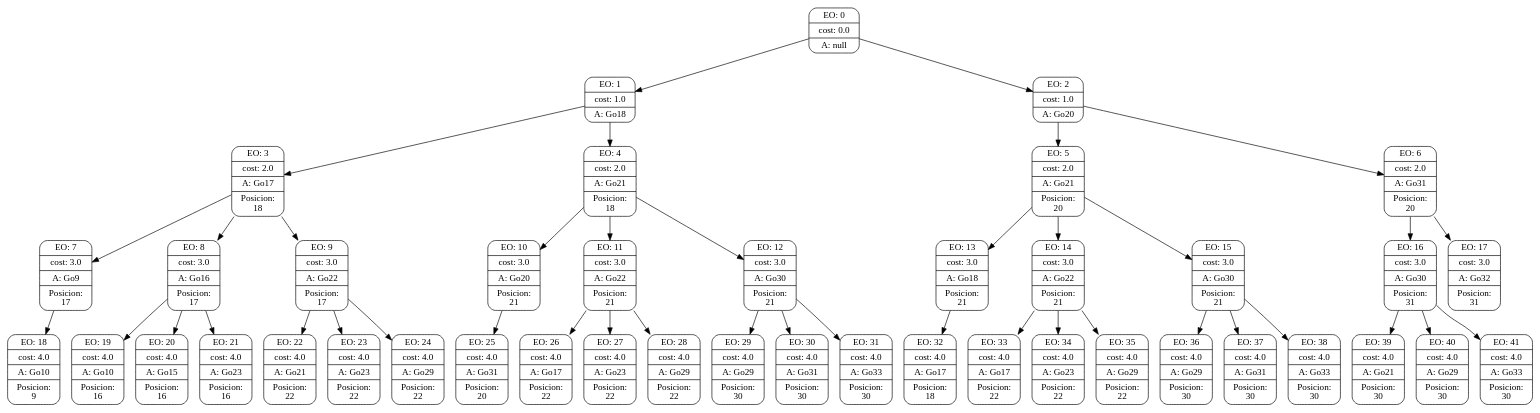
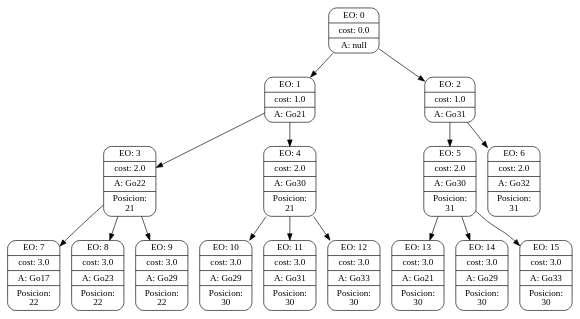
The diagram in searchGVTrees/8.dot (lniklison/TP-Inteligencia-artificial), drawn with Graphviz before and after one commit. The commit also changed 19 other files, not shown here.

```diff
--- a/searchGVTrees/8.dot
+++ b/searchGVTrees/8.dot
@@ -1,129 +1,51 @@
 digraph g {
 node [shape = Mrecord];
 nodo0[label="{EO: 0|cost: 0.0|A: null}"]
-nodo1[label="{EO: 1|cost: 1.0|A: Go18}"]
-nodo3[label="{EO: 3|cost: 2.0|A: Go17|Posicion:\n18}"]
-nodo7[label="{EO: 7|cost: 3.0|A: Go9|Posicion:\n17}"]
-nodo18[label="{EO: 18|cost: 4.0|A: Go10|Posicion:\n9}"]
-
-nodo7 -> nodo18;
+nodo1[label="{EO: 1|cost: 1.0|A: Go21}"]
+nodo3[label="{EO: 3|cost: 2.0|A: Go22|Posicion:\n21}"]
+nodo7[label="{EO: 7|cost: 3.0|A: Go17|Posicion:\n22}"]
 
 nodo3 -> nodo7;
-nodo8[label="{EO: 8|cost: 3.0|A: Go16|Posicion:\n17}"]
-nodo19[label="{EO: 19|cost: 4.0|A: Go10|Posicion:\n16}"]
-
-nodo8 -> nodo19;
-nodo20[label="{EO: 20|cost: 4.0|A: Go15|Posicion:\n16}"]
-
-nodo8 -> nodo20;
-nodo21[label="{EO: 21|cost: 4.0|A: Go23|Posicion:\n16}"]
-
-nodo8 -> nodo21;
+nodo8[label="{EO: 8|cost: 3.0|A: Go23|Posicion:\n22}"]
 
 nodo3 -> nodo8;
-nodo9[label="{EO: 9|cost: 3.0|A: Go22|Posicion:\n17}"]
-nodo22[label="{EO: 22|cost: 4.0|A: Go21|Posicion:\n22}"]
-
-nodo9 -> nodo22;
-nodo23[label="{EO: 23|cost: 4.0|A: Go23|Posicion:\n22}"]
-
-nodo9 -> nodo23;
-nodo24[label="{EO: 24|cost: 4.0|A: Go29|Posicion:\n22}"]
-
-nodo9 -> nodo24;
+nodo9[label="{EO: 9|cost: 3.0|A: Go29|Posicion:\n22}"]
 
 nodo3 -> nodo9;
 
 nodo1 -> nodo3;
-nodo4[label="{EO: 4|cost: 2.0|A: Go21|Posicion:\n18}"]
-nodo10[label="{EO: 10|cost: 3.0|A: Go20|Posicion:\n21}"]
-nodo25[label="{EO: 25|cost: 4.0|A: Go31|Posicion:\n20}"]
-
-nodo10 -> nodo25;
+nodo4[label="{EO: 4|cost: 2.0|A: Go30|Posicion:\n21}"]
+nodo10[label="{EO: 10|cost: 3.0|A: Go29|Posicion:\n30}"]
 
 nodo4 -> nodo10;
-nodo11[label="{EO: 11|cost: 3.0|A: Go22|Posicion:\n21}"]
-nodo26[label="{EO: 26|cost: 4.0|A: Go17|Posicion:\n22}"]
-
-nodo11 -> nodo26;
-nodo27[label="{EO: 27|cost: 4.0|A: Go23|Posicion:\n22}"]
-
-nodo11 -> nodo27;
-nodo28[label="{EO: 28|cost: 4.0|A: Go29|Posicion:\n22}"]
-
-nodo11 -> nodo28;
+nodo11[label="{EO: 11|cost: 3.0|A: Go31|Posicion:\n30}"]
 
 nodo4 -> nodo11;
-nodo12[label="{EO: 12|cost: 3.0|A: Go30|Posicion:\n21}"]
-nodo29[label="{EO: 29|cost: 4.0|A: Go29|Posicion:\n30}"]
-
-nodo12 -> nodo29;
-nodo30[label="{EO: 30|cost: 4.0|A: Go31|Posicion:\n30}"]
-
-nodo12 -> nodo30;
-nodo31[label="{EO: 31|cost: 4.0|A: Go33|Posicion:\n30}"]
-
-nodo12 -> nodo31;
+nodo12[label="{EO: 12|cost: 3.0|A: Go33|Posicion:\n30}"]
 
 nodo4 -> nodo12;
 
 nodo1 -> nodo4;
 
 nodo0 -> nodo1;
-nodo2[label="{EO: 2|cost: 1.0|A: Go20}"]
-nodo5[label="{EO: 5|cost: 2.0|A: Go21|Posicion:\n20}"]
-nodo13[label="{EO: 13|cost: 3.0|A: Go18|Posicion:\n21}"]
-nodo32[label="{EO: 32|cost: 4.0|A: Go17|Posicion:\n18}"]
-
-nodo13 -> nodo32;
+nodo2[label="{EO: 2|cost: 1.0|A: Go31}"]
+nodo5[label="{EO: 5|cost: 2.0|A: Go30|Posicion:\n31}"]
+nodo13[label="{EO: 13|cost: 3.0|A: Go21|Posicion:\n30}"]
 
 nodo5 -> nodo13;
-nodo14[label="{EO: 14|cost: 3.0|A: Go22|Posicion:\n21}"]
-nodo33[label="{EO: 33|cost: 4.0|A: Go17|Posicion:\n22}"]
-
-nodo14 -> nodo33;
-nodo34[label="{EO: 34|cost: 4.0|A: Go23|Posicion:\n22}"]
-
-nodo14 -> nodo34;
-nodo35[label="{EO: 35|cost: 4.0|A: Go29|Posicion:\n22}"]
-
-nodo14 -> nodo35;
+nodo14[label="{EO: 14|cost: 3.0|A: Go29|Posicion:\n30}"]
 
 nodo5 -> nodo14;
-nodo15[label="{EO: 15|cost: 3.0|A: Go30|Posicion:\n21}"]
-nodo36[label="{EO: 36|cost: 4.0|A: Go29|Posicion:\n30}"]
-
-nodo15 -> nodo36;
-nodo37[label="{EO: 37|cost: 4.0|A: Go31|Posicion:\n30}"]
-
-nodo15 -> nodo37;
-nodo38[label="{EO: 38|cost: 4.0|A: Go33|Posicion:\n30}"]
-
-nodo15 -> nodo38;
+nodo15[label="{EO: 15|cost: 3.0|A: Go33|Posicion:\n30}"]
 
 nodo5 -> nodo15;
 
 nodo2 -> nodo5;
-nodo6[label="{EO: 6|cost: 2.0|A: Go31|Posicion:\n20}"]
-nodo16[label="{EO: 16|cost: 3.0|A: Go30|Posicion:\n31}"]
-nodo39[label="{EO: 39|cost: 4.0|A: Go21|Posicion:\n30}"]
-
-nodo16 -> nodo39;
-nodo40[label="{EO: 40|cost: 4.0|A: Go29|Posicion:\n30}"]
-
-nodo16 -> nodo40;
-nodo41[label="{EO: 41|cost: 4.0|A: Go33|Posicion:\n30}"]
-
-nodo16 -> nodo41;
-
-nodo6 -> nodo16;
-nodo17[label="{EO: 17|cost: 3.0|A: Go32|Posicion:\n31}"]
-
-nodo6 -> nodo17;
+nodo6[label="{EO: 6|cost: 2.0|A: Go32|Posicion:\n31}"]
 
 nodo2 -> nodo6;
 
 nodo0 -> nodo2;
 
 
 }
```
